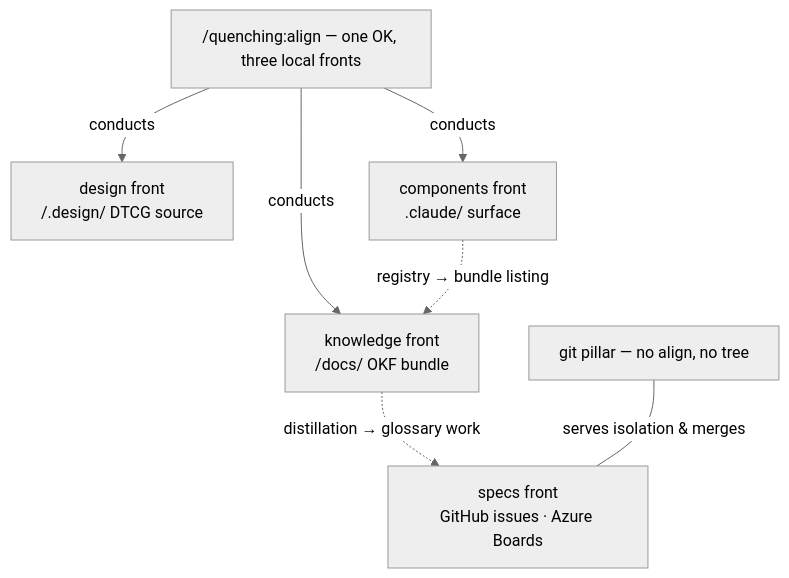
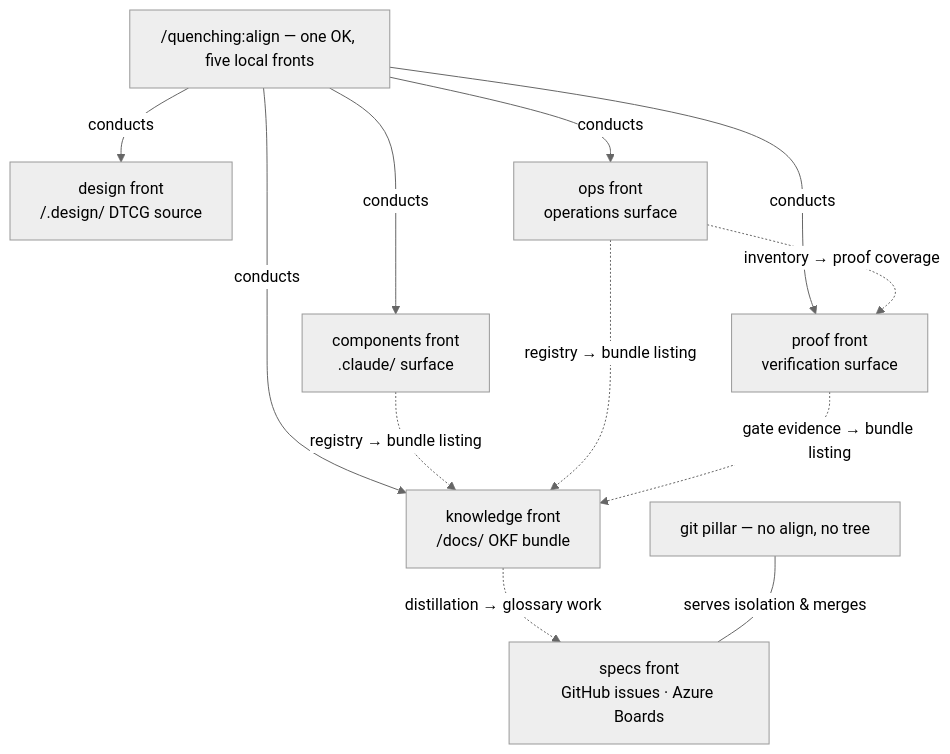
Before and after one commit to holetz/quenching: the diagram in docs/explanation/operating-model.md, drawn with Mermaid (neutral theme). The commit also changed other lines of this file and 3 other files, not shown here.

````diff
--- a/docs/explanation/operating-model.md
+++ b/docs/explanation/operating-model.md
@@ -28,11 +28,16 @@
 ```mermaid
 flowchart TD
-    ALL["/quenching:align — one OK, three local fronts"]
+    ALL["/quenching:align — one OK, five local fronts"]
     ALL -->|conducts| K["knowledge front<br/>/docs/ OKF bundle"]
     ALL -->|conducts| D["design front<br/>/.design/ DTCG source"]
     ALL -->|conducts| C["components front<br/>.claude/ surface"]
+    ALL -->|conducts| O["ops front<br/>operations surface"]
+    ALL -->|conducts| P["proof front<br/>verification surface"]
     S["specs front<br/>GitHub issues · Azure Boards"]
     K -.->|"distillation → glossary work"| S
     C -.->|"registry → bundle listing"| K
+    O -.->|"inventory → proof coverage"| P
+    O -.->|"registry → bundle listing"| K
+    P -.->|"gate evidence → bundle listing"| K
     G["git pillar — no align, no tree"] ---|serves isolation & merges| S
 ```
````
